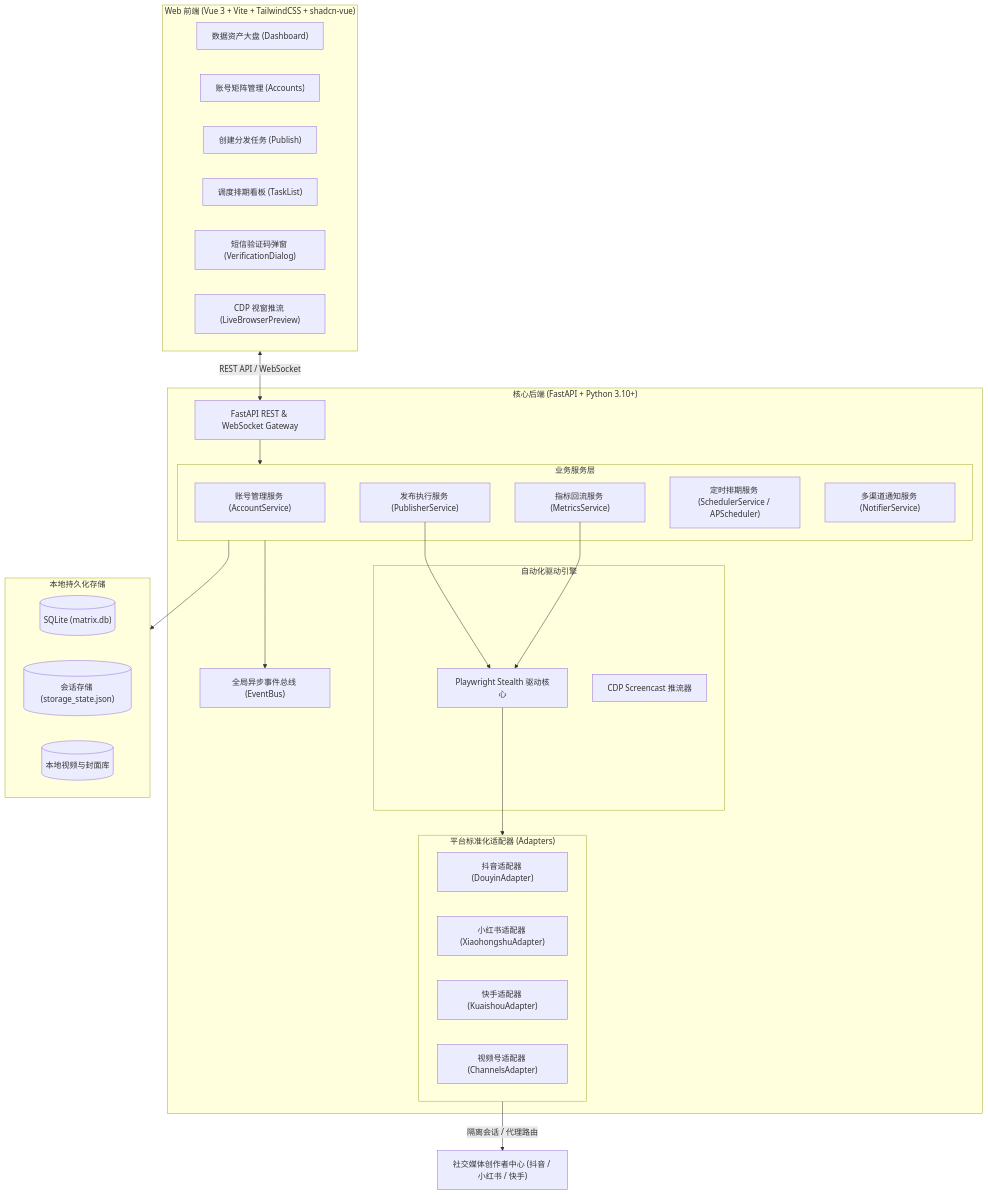
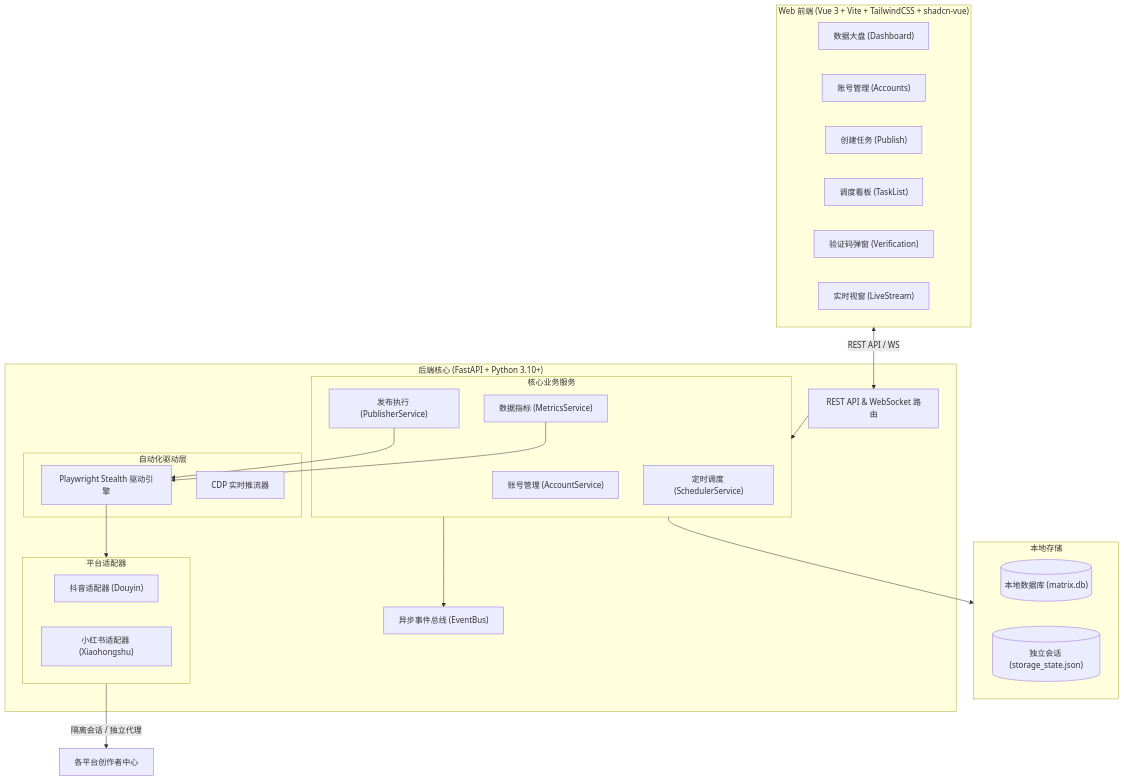
One commit to clueing/matrix-hub changed the diagram in README.md. Above: the diagram before and after it, drawn with Mermaid. The commit also changed other lines of this file and 5 other files, not shown here.

````diff
--- a/README.md
+++ b/README.md
@@ -83,51 +83,47 @@
 ```mermaid
 graph TD
     subgraph Frontend ["Web 前端 (Vue 3 + Vite + TailwindCSS + shadcn-vue)"]
-        UI_Dash["数据资产大盘 (Dashboard)"]
-        UI_Acc["账号矩阵管理 (Accounts)"]
-        UI_Pub["创建分发任务 (Publish)"]
-        UI_Task["调度排期看板 (TaskList)"]
-        UI_Verify["短信验证码弹窗 (VerificationDialog)"]
-        UI_Stream["CDP 视窗推流 (LiveBrowserPreview)"]
+        UI_Dash["数据大盘 (Dashboard)"]
+        UI_Acc["账号管理 (Accounts)"]
+        UI_Pub["创建任务 (Publish)"]
+        UI_Task["调度看板 (TaskList)"]
+        UI_Verify["验证码弹窗 (Verification)"]
+        UI_Stream["实时视窗 (LiveStream)"]
     end
 
-    subgraph Backend ["核心后端 (FastAPI + Python 3.10+)"]
-        API_Gateway["FastAPI REST & WebSocket Gateway"]
-        EventBus["全局异步事件总线 (EventBus)"]
+    subgraph Backend ["后端核心 (FastAPI + Python 3.10+)"]
+        API["REST API & WebSocket 路由"]
+        EventBus["异步事件总线 (EventBus)"]
         
-        subgraph Services ["业务服务层"]
-            AccService["账号管理服务 (AccountService)"]
-            PubService["发布执行服务 (PublisherService)"]
-            MetService["指标回流服务 (MetricsService)"]
-            SchService["定时排期服务 (SchedulerService / APScheduler)"]
-            NotService["多渠道通知服务 (NotifierService)"]
+        subgraph Services ["核心业务服务"]
+            AccService["账号管理 (AccountService)"]
+            PubService["发布执行 (PublisherService)"]
+            MetService["数据指标 (MetricsService)"]
+            SchService["定时调度 (SchedulerService)"]
         end
 
-        subgraph Drivers ["自动化驱动引擎"]
-            PlaywrightDriver["Playwright Stealth 驱动核心"]
-            CDPEngine["CDP Screencast 推流器"]
+        subgraph Drivers ["自动化驱动层"]
+            PlaywrightCore["Playwright Stealth 驱动引擎"]
+            CDPEngine["CDP 实时推流器"]
         end
 
-        subgraph Adapters ["平台标准化适配器 (Adapters)"]
-            DYAdapter["抖音适配器 (DouyinAdapter)"]
-            XHSAdapter["小红书适配器 (XiaohongshuAdapter)"]
-            KSAdapter["快手适配器 (KuaishouAdapter)"]
-            WXAdapter["视频号适配器 (ChannelsAdapter)"]
+        subgraph Adapters ["平台适配器"]
+            DYAdapter["抖音适配器 (Douyin)"]
+            XHSAdapter["小红书适配器 (Xiaohongshu)"]
         end
     end
 
-    subgraph Storage ["本地持久化存储"]
-        SQLite[("SQLite (matrix.db)")]
-        Sessions[("会话存储 (storage_state.json)")]
-        LocalVideos[("本地视频与封面库")]
+    subgraph Storage ["本地存储"]
+        SQLite[("本地数据库 (matrix.db)")]
+        Sessions[("独立会话 (storage_state.json)")]
     end
 
-    Frontend <-->|REST API / WebSocket| API_Gateway
-    API_Gateway --> Services
+    Frontend <-->|REST API / WS| API
+    API --> Services
     Services --> EventBus
-    PubService --> PlaywrightDriver
-    MetService --> PlaywrightDriver
-    PlaywrightDriver --> Adapters
-    Adapters -->|隔离会话 / 代理路由| SocialPlatforms["社交媒体创作者中心 (抖音 / 小红书 / 快手)"]
+    PubService --> PlaywrightCore
+    MetService --> PlaywrightCore
+    PlaywrightCore --> Adapters
+    Adapters -->|隔离会话 / 独立代理| Platforms["各平台创作者中心"]
     Services --> Storage
 ```
````
